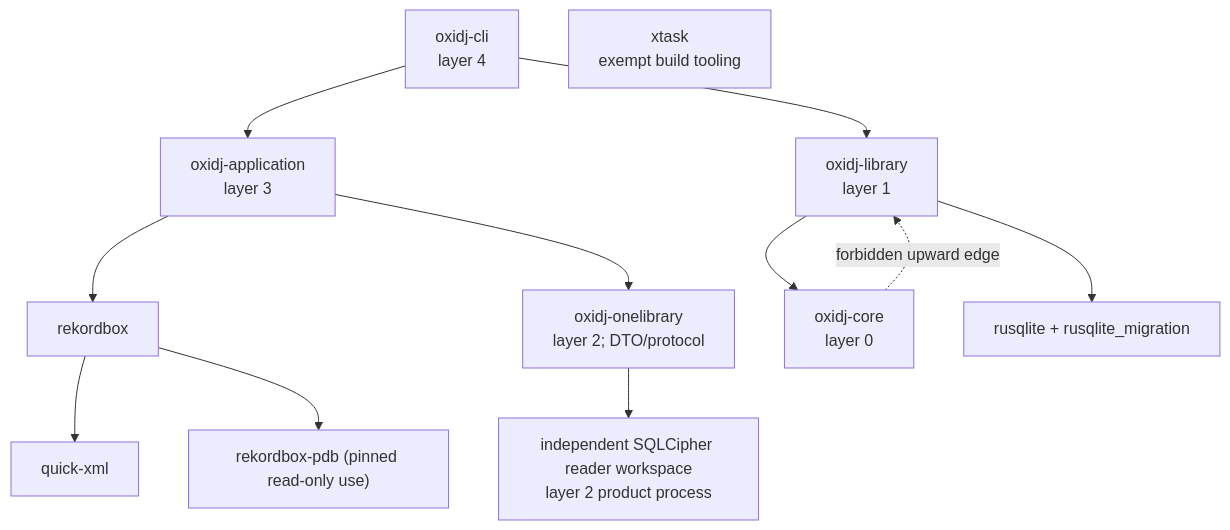
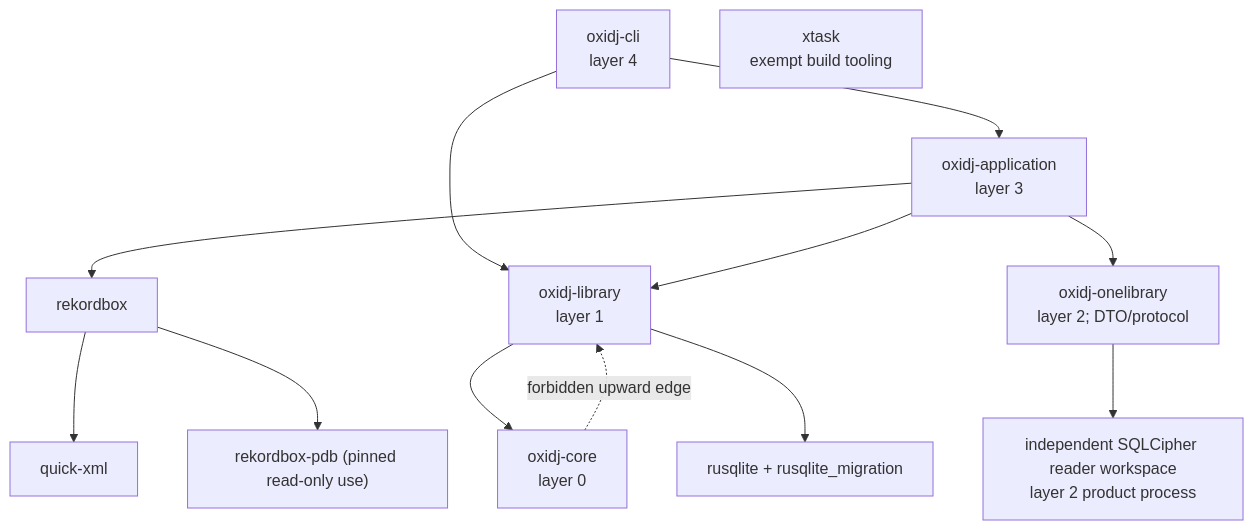
Before and after one commit to Senci/oxidj: the diagram in docs/layers-policy.md, drawn with Mermaid. The commit also changed other lines of this file and 14 other files, not shown here.

````diff
--- a/docs/layers-policy.md
+++ b/docs/layers-policy.md
@@ -37,14 +37,15 @@
 ```mermaid
 flowchart TB
     cli["oxidj-cli<br/>layer 4"] --> app["oxidj-application<br/>layer 3"]
     cli --> library["oxidj-library<br/>layer 1"]
     app --> rekordbox
+    app --> library
     app --> onelibrary["oxidj-onelibrary<br/>layer 2; DTO/protocol"]
     onelibrary --> reader["independent SQLCipher reader workspace<br/>layer 2 product process"]
     rekordbox --> xml["quick-xml"]
     rekordbox --> pdb["rekordbox-pdb (pinned read-only use)"]
     library --> core["oxidj-core<br/>layer 0"]
     library --> sqlite["rusqlite + rusqlite_migration"]
     core -. "forbidden upward edge" .-> library
     xtask["xtask<br/>exempt build tooling"]
 ```
````
